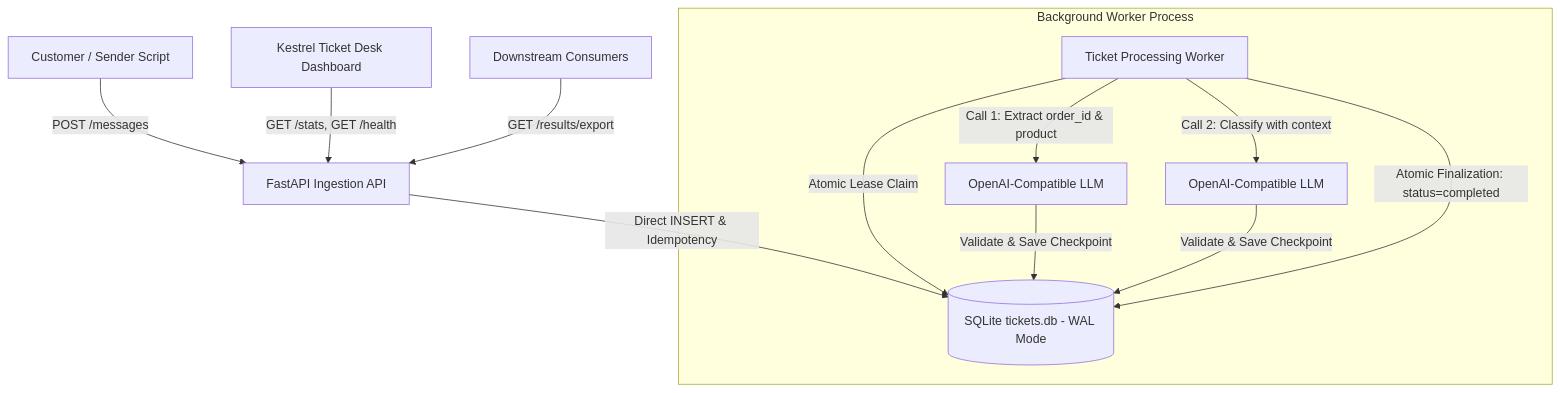
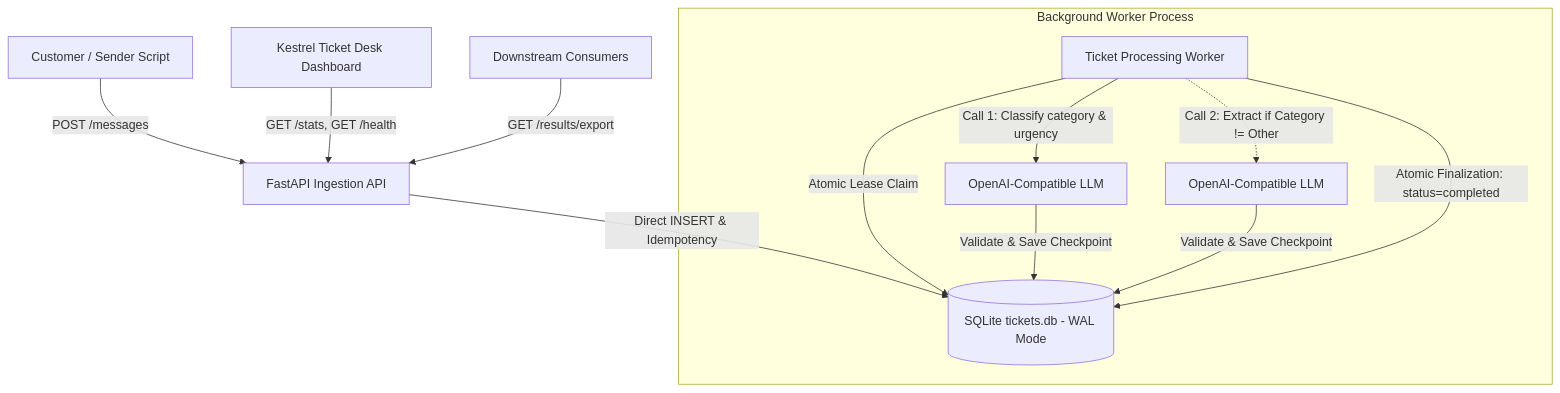
One commit to Pradeesh1108/ascentium-task changed the diagram in README.md. Above: the diagram before and after it, drawn with Mermaid. The commit also changed 5 other files, not shown here.

Commit message:
feat(pipeline): reorder pipeline to classify first and conditionally skip extraction for Other category

````diff
--- a/README.md
+++ b/README.md
@@ -11,17 +11,17 @@
 ```mermaid
 flowchart TD
     Sender[Customer / Sender Script] -->|POST /messages| API[FastAPI Ingestion API]
     API -->|Direct INSERT & Idempotency| DB[(SQLite tickets.db - WAL Mode)]
     
     subgraph Background Worker Process
         Worker[Ticket Processing Worker] -->|Atomic Lease Claim| DB
-        Worker -->|Call 1: Extract order_id & product| LLM1[OpenAI-Compatible LLM]
+        Worker -->|Call 1: Classify category & urgency| LLM1[OpenAI-Compatible LLM]
         LLM1 -->|Validate & Save Checkpoint| DB
-        Worker -->|Call 2: Classify with context| LLM2[OpenAI-Compatible LLM]
+        Worker -.->|Call 2: Extract if Category != Other| LLM2[OpenAI-Compatible LLM]
         LLM2 -->|Validate & Save Checkpoint| DB
         Worker -->|Atomic Finalization: status=completed| DB
     end
 
     Dashboard[Kestrel Ticket Desk Dashboard] -->|GET /stats, GET /health| API
     Analytics[Downstream Consumers] -->|GET /results/export| API
 ```
````
